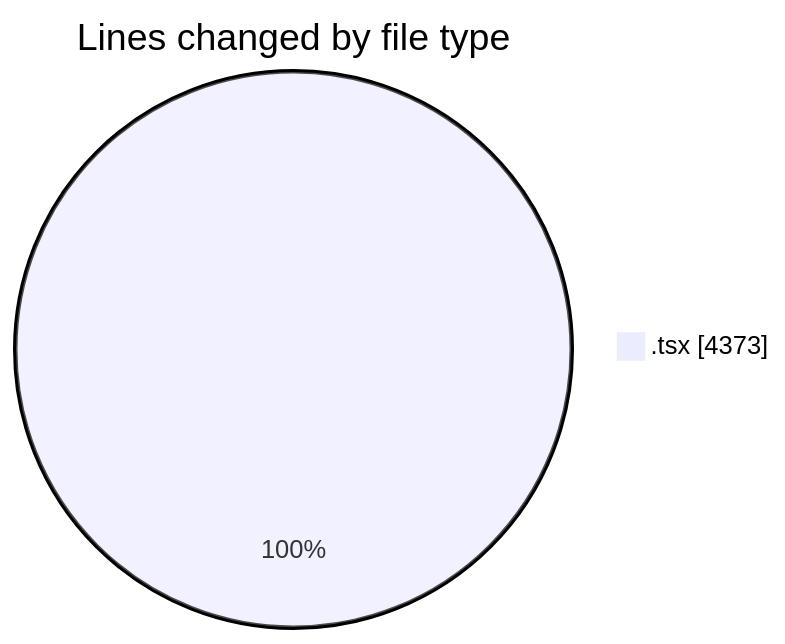
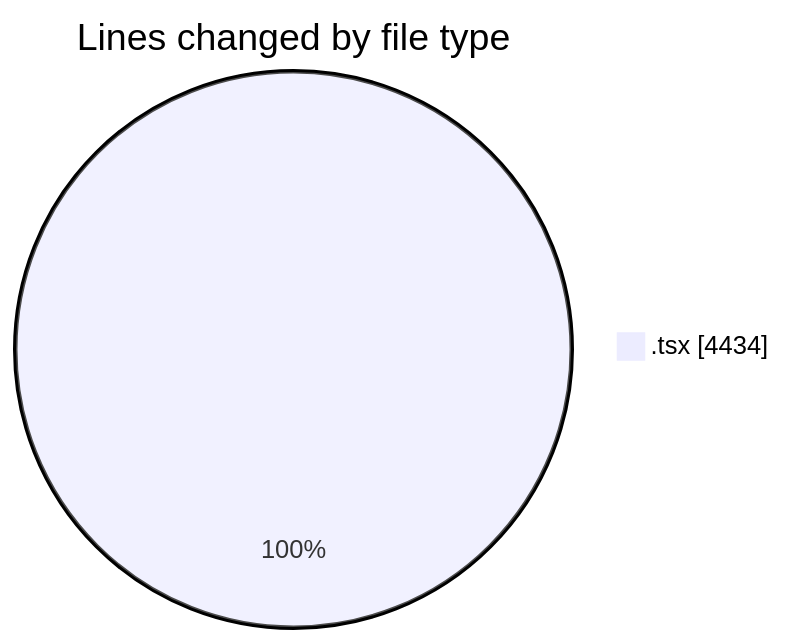
Before and after one commit to nxtqubesakshisongat/code-tracking: the first of 2 diagrams in 2026-04-01/nxtqube_webapp/README.md, drawn with Mermaid. The commit also changed other lines of this file and 1 other file, not shown here.

````diff
--- a/2026-04-01/nxtqube_webapp/README.md
+++ b/2026-04-01/nxtqube_webapp/README.md
@@ -22,5 +22,5 @@
 ```mermaid
 pie showData
 title Lines changed by file type
-".tsx" : 4373
+".tsx" : 4434
 ```
````
